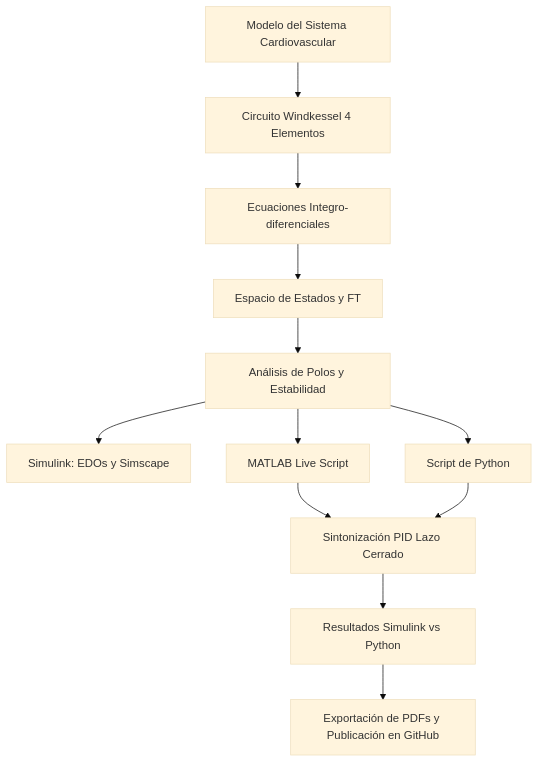
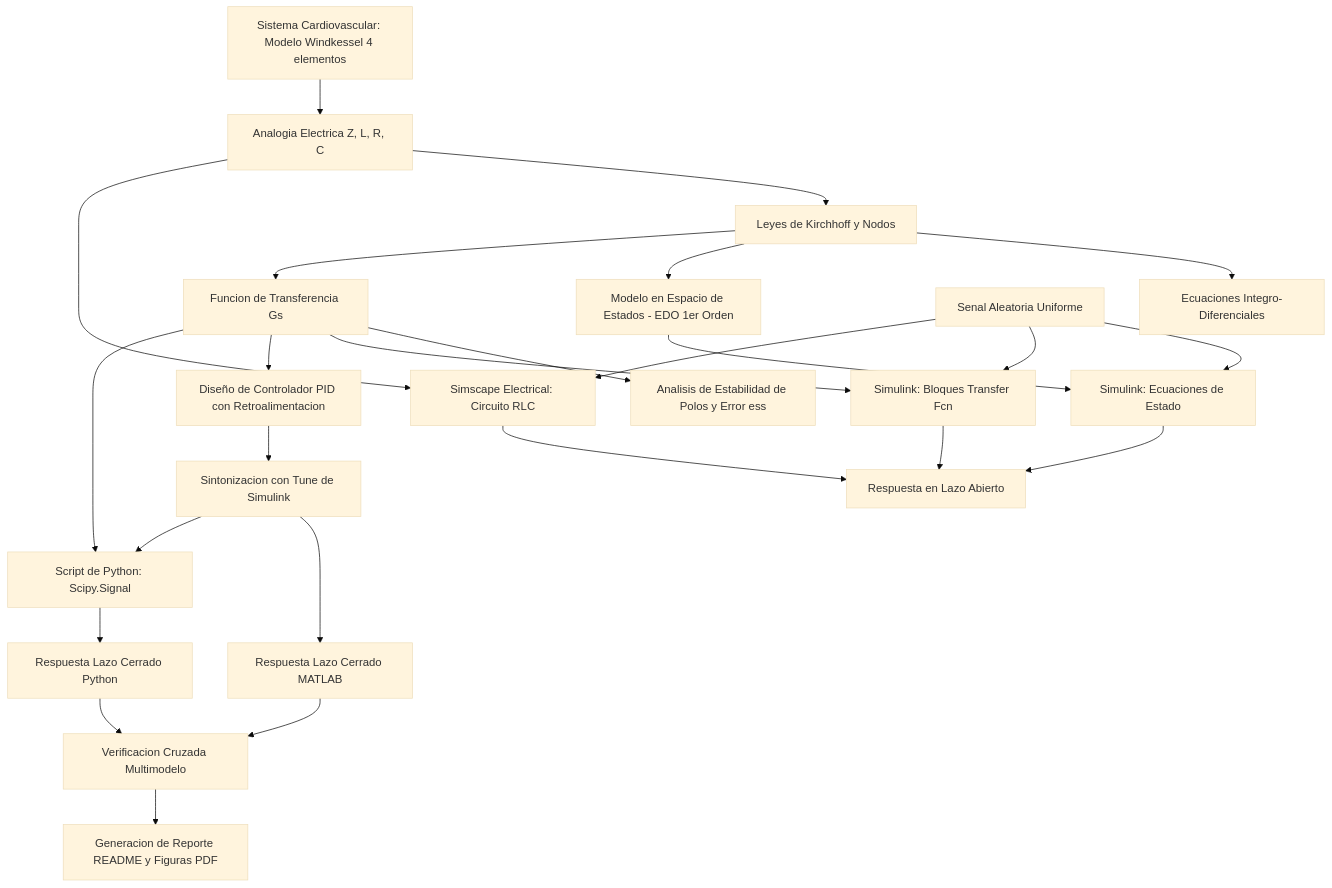
Before and after one commit to l22212381-cyber/MSFP2: the diagram in README.md, drawn with Mermaid (base theme). The commit also changed other lines of this file, not shown here.

````diff
--- a/README.md
+++ b/README.md
@@ -260,17 +260,27 @@
 ```mermaid
 flowchart TD
-    A[Modelo del Sistema Cardiovascular] --> B[Circuito Windkessel 4 Elementos]
-    B --> C[Ecuaciones Integro-diferenciales]
-    C --> D[Espacio de Estados y FT]
-    D --> E[Análisis de Polos y Estabilidad]
-    
-    E --> F[Simulink: EDOs y Simscape]
-    E --> G[MATLAB Live Script]
-    E --> H[Script de Python]
-    
-    G --> I[Sintonización PID Lazo Cerrado]
-    H --> I
-    
-    I --> J[Resultados Simulink vs Python]
-    J --> K[Exportación de PDFs y Publicación en GitHub]
+    A[Sistema Cardiovascular: Modelo Windkessel 4 elementos] --> B[Analogia Electrica Z, L, R, C]
+    B --> C[Leyes de Kirchhoff y Nodos]
+    C --> D[Ecuaciones Integro-Diferenciales]
+    C --> E[Modelo en Espacio de Estados - EDO 1er Orden]
+    C --> F[Funcion de Transferencia Gs]
+    F --> G[Analisis de Estabilidad de Polos y Error ess]
+    E --> H[Simulink: Ecuaciones de Estado]
+    F --> I[Simulink: Bloques Transfer Fcn]
+    B --> J[Simscape Electrical: Circuito RLC]
+    K[Senal Aleatoria Uniforme] --> H
+    K --> I
+    K --> J
+    H --> L[Respuesta en Lazo Abierto]
+    I --> L
+    J --> L
+    F --> M[Diseño de Controlador PID con Retroalimentacion]
+    M --> N[Sintonizacion con Tune de Simulink]
+    N --> O[Respuesta Lazo Cerrado MATLAB]
+    F --> P[Script de Python: Scipy.Signal]
+    N --> P
+    P --> Q[Respuesta Lazo Cerrado Python]
+    O --> R[Verificacion Cruzada Multimodelo]
+    Q --> R
+    R --> S[Generacion de Reporte README y Figuras PDF]
 ```
````
